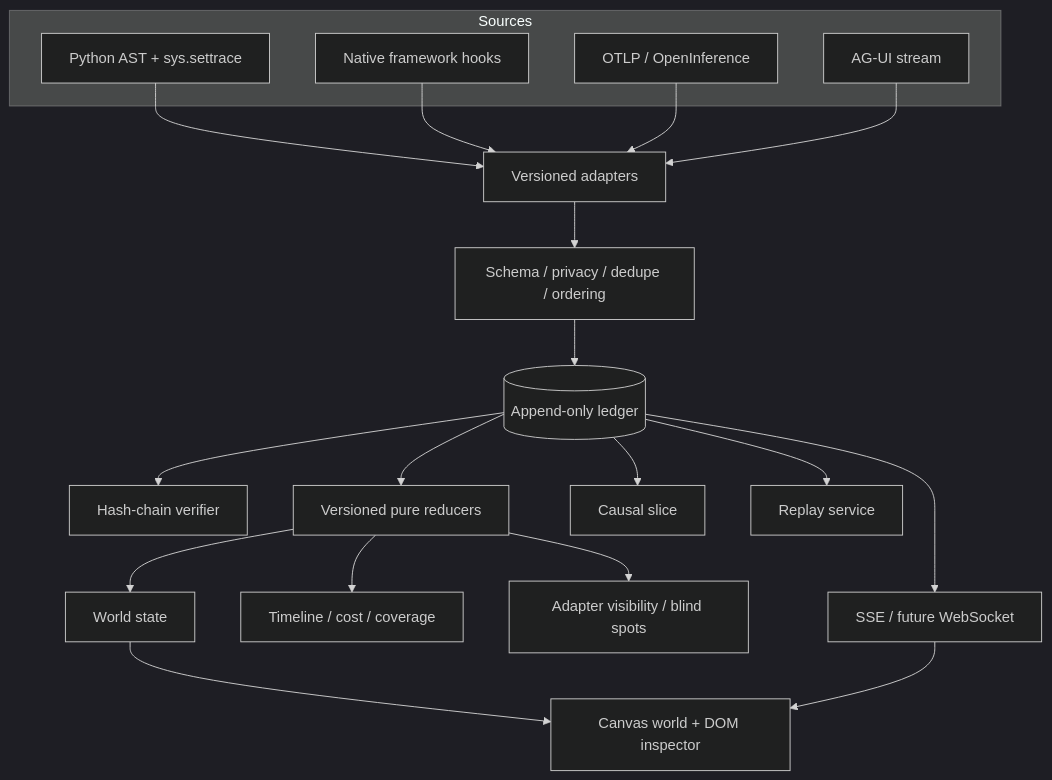
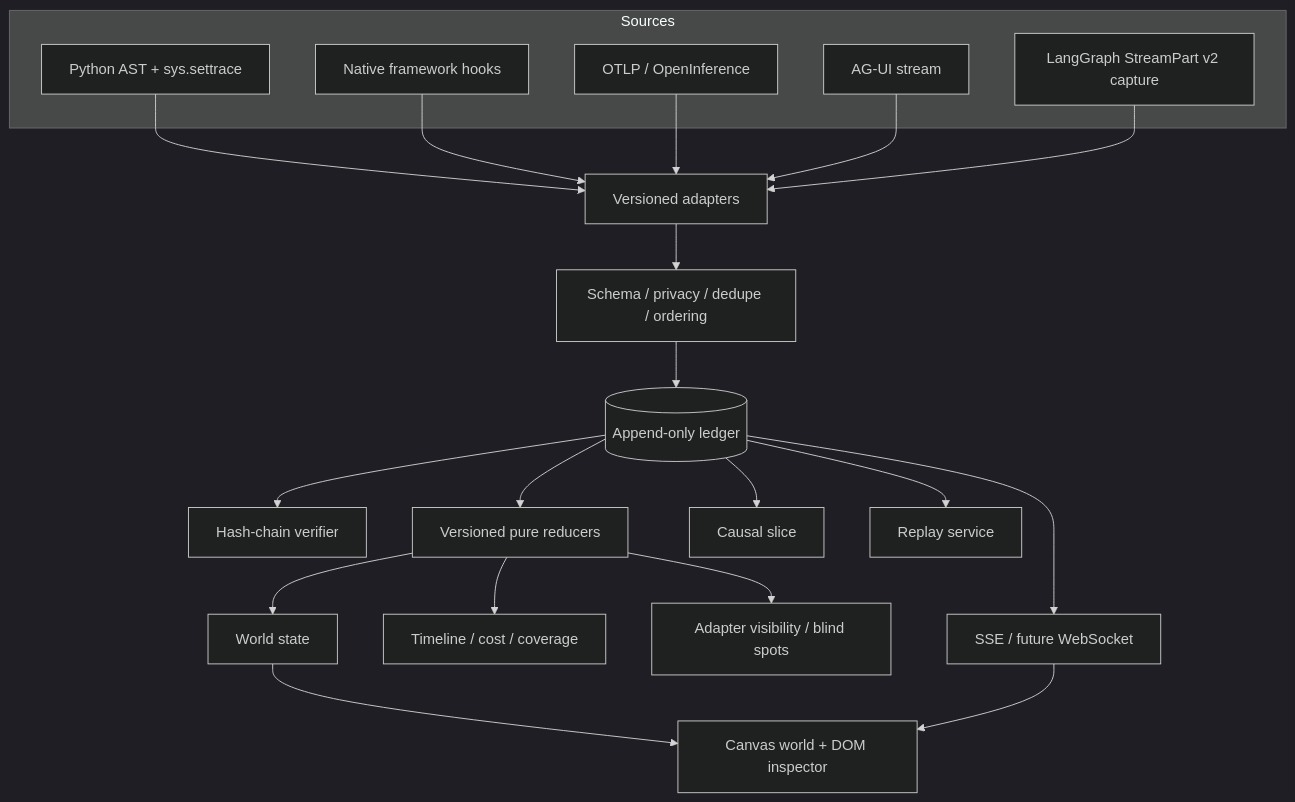
One commit to BaoBao1996121/agent-flow-visualizer changed the diagram in docs/ARCHITECTURE.md. Above: the diagram before and after it, drawn with Mermaid (dark theme). The commit also changed other lines of this file and 31 other files, not shown here.

Commit message:
feat: harden LangGraph observability and visual roadmap

````diff
--- a/docs/ARCHITECTURE.md
+++ b/docs/ARCHITECTURE.md
@@ -7,26 +7,28 @@
 ```mermaid
 flowchart TB
     subgraph Sources
         PY[Python AST + sys.settrace]
         HOOK[Native framework hooks]
         OTEL[OTLP / OpenInference]
         AGUI[AG-UI stream]
+        LG[LangGraph StreamPart v2 capture]
     end
 
     PY --> ADAPTER
     HOOK --> ADAPTER[Versioned adapters]
     OTEL --> ADAPTER
     AGUI --> ADAPTER
+    LG --> ADAPTER
     ADAPTER --> VALIDATE[Schema / privacy / dedupe / ordering]
     VALIDATE --> LEDGER[(Append-only ledger)]
     LEDGER --> VERIFY[Hash-chain verifier]
     LEDGER --> PROJECT[Versioned pure reducers]
     PROJECT --> WORLD[World state]
     PROJECT --> TIMELINE[Timeline / cost / coverage]
     PROJECT --> COVERAGE[Adapter visibility / blind spots]
     LEDGER --> CAUSAL[Causal slice]
     LEDGER --> REPLAY[Replay service]
     LEDGER --> STREAM[SSE / future WebSocket]
     WORLD --> UI[Canvas world + DOM inspector]
     STREAM --> UI
 ```
````
